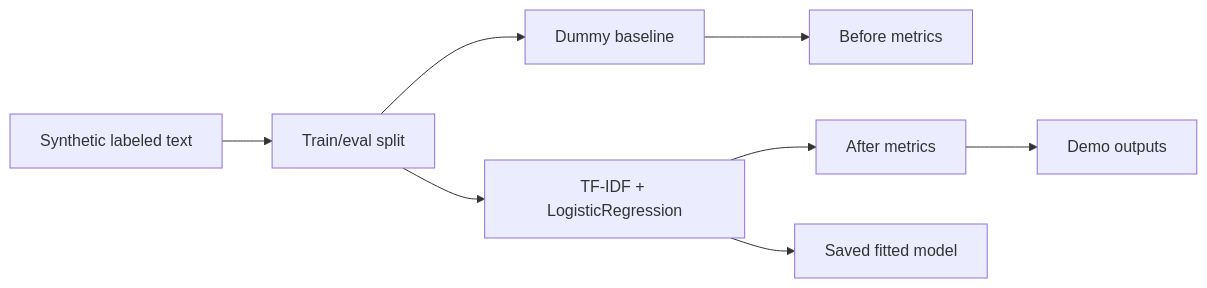
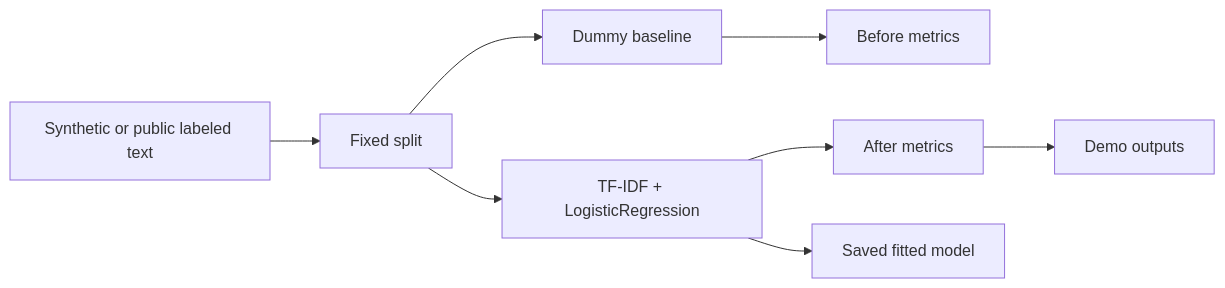
The diagram in projects/real-model-finetune-lab/README.md (josiahsutd-stack/ai-portfolio), drawn with Mermaid before and after one commit. The commit also changed other lines of this file and 21 other files, not shown here.

````diff
--- a/projects/real-model-finetune-lab/README.md
+++ b/projects/real-model-finetune-lab/README.md
@@ -38,10 +48,10 @@
 ```mermaid
 flowchart LR
-  A["Synthetic labeled text"] --> B["Train/eval split"]
+  A["Synthetic or public labeled text"] --> B["Fixed split"]
   B --> C["Dummy baseline"]
   B --> D["TF-IDF + LogisticRegression"]
   C --> E["Before metrics"]
   D --> F["After metrics"]
   D --> G["Saved fitted model"]
   F --> H["Demo outputs"]
 ```
````
